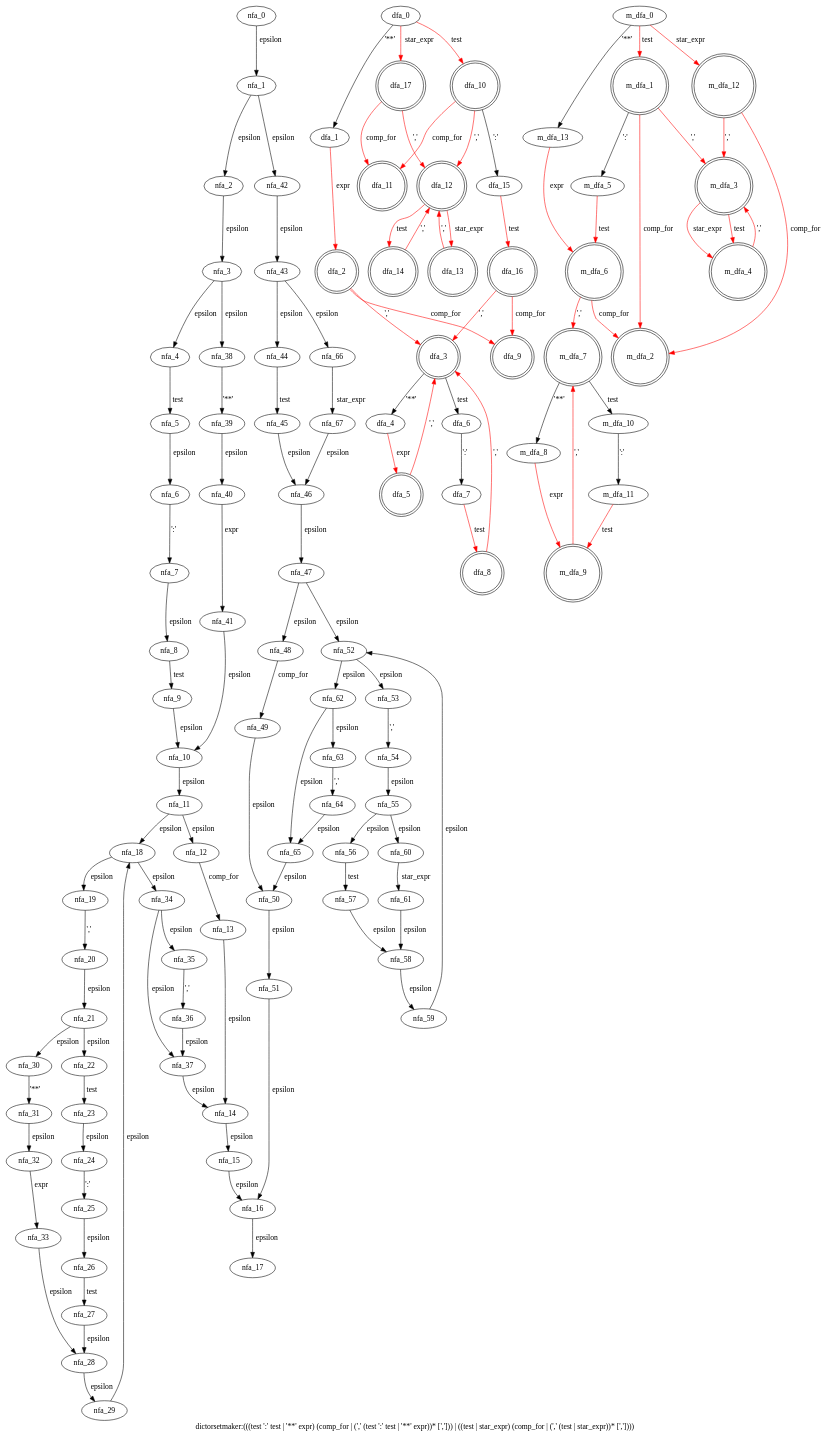
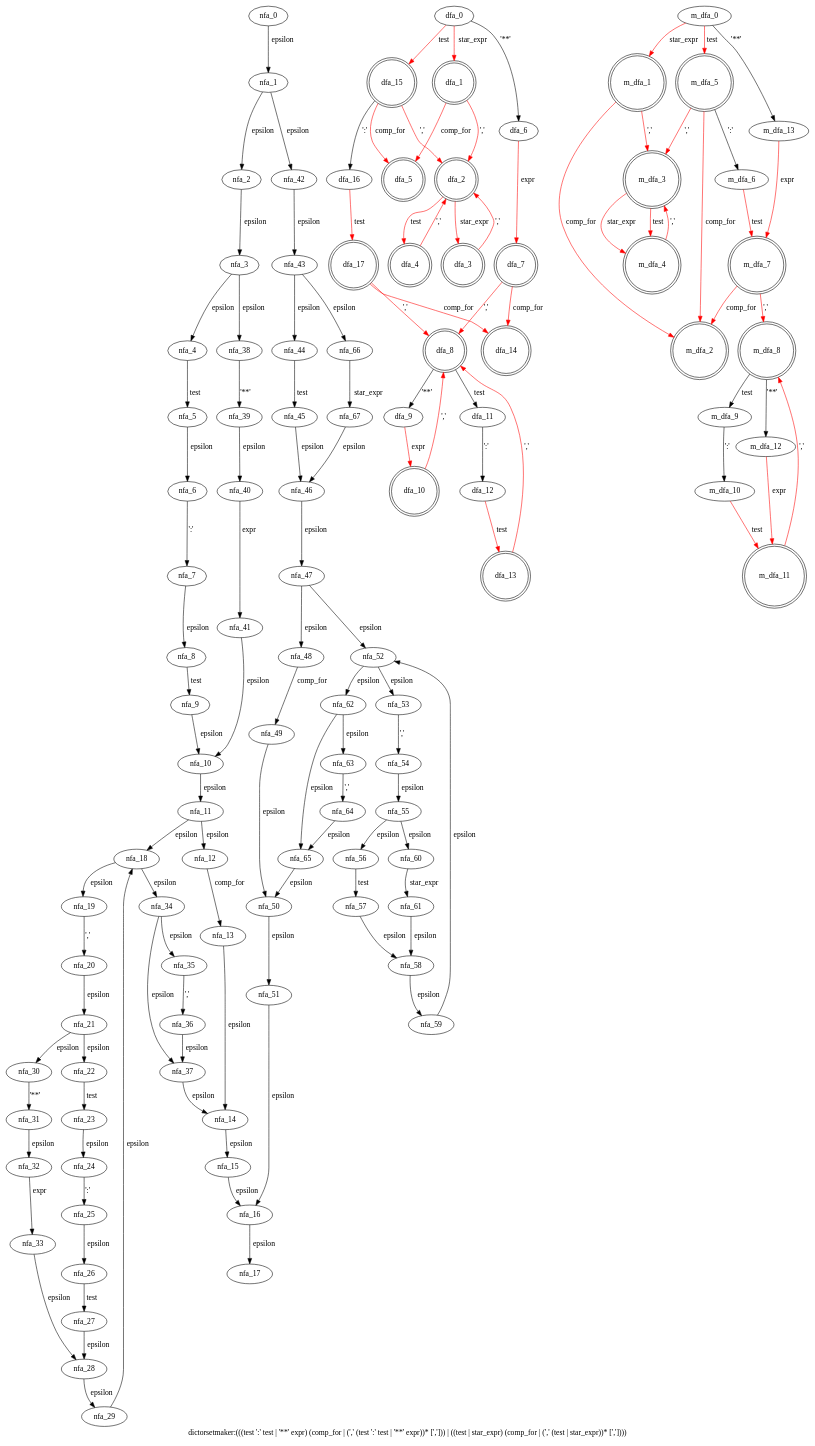
The diagram in cpython/grammar/handwrite/nfa_dfas/77.dictorsetmaker.dot (WinChua/blog), drawn with Graphviz before and after one commit. The commit also changed 47 other files, not shown here.

```diff
--- a/cpython/grammar/handwrite/nfa_dfas/77.dictorsetmaker.dot
+++ b/cpython/grammar/handwrite/nfa_dfas/77.dictorsetmaker.dot
@@ -1,153 +1,153 @@
 digraph dictorsetmaker {
  graph[label="dictorsetmaker:(((test ':' test | '**' expr) (comp_for | (',' (test ':' test | '**' expr))* [','])) | ((test | star_expr) (comp_for | (',' (test | star_expr))* [','])))"]
  subgraph dictorsetmaker_nfa {
   nfa_0->nfa_1[label="epsilon"]
   nfa_1->nfa_2[label="epsilon"]
   nfa_2->nfa_3[label="epsilon"]
   nfa_3->nfa_4[label="epsilon"]
   nfa_4->nfa_5[label="test"]
   nfa_5->nfa_6[label="epsilon"]
   nfa_6->nfa_7[label="':'"]
   nfa_7->nfa_8[label="epsilon"]
   nfa_8->nfa_9[label="test"]
   nfa_9->nfa_10[label="epsilon"]
   nfa_10->nfa_11[label="epsilon"]
   nfa_11->nfa_12[label="epsilon"]
   nfa_12->nfa_13[label="comp_for"]
   nfa_13->nfa_14[label="epsilon"]
   nfa_14->nfa_15[label="epsilon"]
   nfa_15->nfa_16[label="epsilon"]
   nfa_16->nfa_17[label="epsilon"]
   nfa_11->nfa_18[label="epsilon"]
   nfa_18->nfa_19[label="epsilon"]
   nfa_19->nfa_20[label="','"]
   nfa_20->nfa_21[label="epsilon"]
   nfa_21->nfa_22[label="epsilon"]
   nfa_22->nfa_23[label="test"]
   nfa_23->nfa_24[label="epsilon"]
   nfa_24->nfa_25[label="':'"]
   nfa_25->nfa_26[label="epsilon"]
   nfa_26->nfa_27[label="test"]
   nfa_27->nfa_28[label="epsilon"]
   nfa_28->nfa_29[label="epsilon"]
   nfa_29->nfa_18[label="epsilon"]
   nfa_21->nfa_30[label="epsilon"]
   nfa_30->nfa_31[label="'**'"]
   nfa_31->nfa_32[label="epsilon"]
   nfa_32->nfa_33[label="expr"]
   nfa_33->nfa_28[label="epsilon"]
   nfa_18->nfa_34[label="epsilon"]
   nfa_34->nfa_35[label="epsilon"]
   nfa_35->nfa_36[label="','"]
   nfa_36->nfa_37[label="epsilon"]
   nfa_37->nfa_14[label="epsilon"]
   nfa_34->nfa_37[label="epsilon"]
   nfa_3->nfa_38[label="epsilon"]
   nfa_38->nfa_39[label="'**'"]
   nfa_39->nfa_40[label="epsilon"]
   nfa_40->nfa_41[label="expr"]
   nfa_41->nfa_10[label="epsilon"]
   nfa_1->nfa_42[label="epsilon"]
   nfa_42->nfa_43[label="epsilon"]
   nfa_43->nfa_44[label="epsilon"]
   nfa_44->nfa_45[label="test"]
   nfa_45->nfa_46[label="epsilon"]
   nfa_46->nfa_47[label="epsilon"]
   nfa_47->nfa_48[label="epsilon"]
   nfa_48->nfa_49[label="comp_for"]
   nfa_49->nfa_50[label="epsilon"]
   nfa_50->nfa_51[label="epsilon"]
   nfa_51->nfa_16[label="epsilon"]
   nfa_47->nfa_52[label="epsilon"]
   nfa_52->nfa_53[label="epsilon"]
   nfa_53->nfa_54[label="','"]
   nfa_54->nfa_55[label="epsilon"]
   nfa_55->nfa_56[label="epsilon"]
   nfa_56->nfa_57[label="test"]
   nfa_57->nfa_58[label="epsilon"]
   nfa_58->nfa_59[label="epsilon"]
   nfa_59->nfa_52[label="epsilon"]
   nfa_55->nfa_60[label="epsilon"]
   nfa_60->nfa_61[label="star_expr"]
   nfa_61->nfa_58[label="epsilon"]
   nfa_52->nfa_62[label="epsilon"]
   nfa_62->nfa_63[label="epsilon"]
   nfa_63->nfa_64[label="','"]
   nfa_64->nfa_65[label="epsilon"]
   nfa_65->nfa_50[label="epsilon"]
   nfa_62->nfa_65[label="epsilon"]
   nfa_43->nfa_66[label="epsilon"]
   nfa_66->nfa_67[label="star_expr"]
   nfa_67->nfa_46[label="epsilon"]
   }
  subgraph dictorsetmaker_dfa {
-  dfa_0->dfa_1[label="'**'"]
-  dfa_1->dfa_2[label="expr",color=red]
-  dfa_2->dfa_3[label="','",color=red]
-  dfa_3->dfa_4[label="'**'"]
-  dfa_4->dfa_5[label="expr",color=red]
-  dfa_5->dfa_3[label="','",color=red]
-  dfa_3->dfa_6[label="test"]
-  dfa_6->dfa_7[label="':'"]
-  dfa_7->dfa_8[label="test",color=red]
-  dfa_8->dfa_3[label="','",color=red]
-  dfa_2->dfa_9[label="comp_for",color=red]
-  dfa_0->dfa_10[label="test",color=red]
-  dfa_10->dfa_11[label="comp_for",color=red]
-  dfa_10->dfa_12[label="','",color=red]
-  dfa_12->dfa_13[label="star_expr",color=red]
-  dfa_13->dfa_12[label="','",color=red]
-  dfa_12->dfa_14[label="test",color=red]
-  dfa_14->dfa_12[label="','",color=red]
-  dfa_10->dfa_15[label="':'"]
-  dfa_15->dfa_16[label="test",color=red]
-  dfa_16->dfa_3[label="','",color=red]
-  dfa_16->dfa_9[label="comp_for",color=red]
-  dfa_0->dfa_17[label="star_expr",color=red]
-  dfa_17->dfa_11[label="comp_for",color=red]
-  dfa_17->dfa_12[label="','",color=red]
+  dfa_0->dfa_1[label="star_expr",color=red]
+  dfa_1->dfa_2[label="','",color=red]
+  dfa_2->dfa_3[label="star_expr",color=red]
+  dfa_3->dfa_2[label="','",color=red]
+  dfa_2->dfa_4[label="test",color=red]
+  dfa_4->dfa_2[label="','",color=red]
+  dfa_1->dfa_5[label="comp_for",color=red]
+  dfa_0->dfa_6[label="'**'"]
+  dfa_6->dfa_7[label="expr",color=red]
+  dfa_7->dfa_8[label="','",color=red]
+  dfa_8->dfa_9[label="'**'"]
+  dfa_9->dfa_10[label="expr",color=red]
+  dfa_10->dfa_8[label="','",color=red]
+  dfa_8->dfa_11[label="test"]
+  dfa_11->dfa_12[label="':'"]
+  dfa_12->dfa_13[label="test",color=red]
+  dfa_13->dfa_8[label="','",color=red]
+  dfa_7->dfa_14[label="comp_for",color=red]
+  dfa_0->dfa_15[label="test",color=red]
+  dfa_15->dfa_16[label="':'"]
+  dfa_16->dfa_17[label="test",color=red]
+  dfa_17->dfa_8[label="','",color=red]
+  dfa_17->dfa_14[label="comp_for",color=red]
+  dfa_15->dfa_2[label="','",color=red]
+  dfa_15->dfa_5[label="comp_for",color=red]
+  dfa_1[shape=doublecircle]
   dfa_2[shape=doublecircle]
   dfa_3[shape=doublecircle]
+  dfa_4[shape=doublecircle]
   dfa_5[shape=doublecircle]
+  dfa_7[shape=doublecircle]
   dfa_8[shape=doublecircle]
-  dfa_9[shape=doublecircle]
   dfa_10[shape=doublecircle]
-  dfa_11[shape=doublecircle]
-  dfa_12[shape=doublecircle]
   dfa_13[shape=doublecircle]
   dfa_14[shape=doublecircle]
-  dfa_16[shape=doublecircle]
+  dfa_15[shape=doublecircle]
   dfa_17[shape=doublecircle]
   }
  subgraph dictorsetmaker_m_dfa {
-  m_dfa_0->m_dfa_1[label="test",color=red]
+  m_dfa_0->m_dfa_1[label="star_expr",color=red]
   m_dfa_1->m_dfa_2[label="comp_for",color=red]
   m_dfa_1->m_dfa_3[label="','",color=red]
   m_dfa_3->m_dfa_4[label="star_expr",color=red]
   m_dfa_4->m_dfa_3[label="','",color=red]
   m_dfa_3->m_dfa_4[label="test",color=red]
-  m_dfa_1->m_dfa_5[label="':'"]
-  m_dfa_5->m_dfa_6[label="test",color=red]
-  m_dfa_6->m_dfa_2[label="comp_for",color=red]
-  m_dfa_6->m_dfa_7[label="','",color=red]
-  m_dfa_7->m_dfa_8[label="'**'"]
-  m_dfa_8->m_dfa_9[label="expr",color=red]
-  m_dfa_9->m_dfa_7[label="','",color=red]
-  m_dfa_7->m_dfa_10[label="test"]
-  m_dfa_10->m_dfa_11[label="':'"]
-  m_dfa_11->m_dfa_9[label="test",color=red]
-  m_dfa_0->m_dfa_12[label="star_expr",color=red]
-  m_dfa_12->m_dfa_2[label="comp_for",color=red]
-  m_dfa_12->m_dfa_3[label="','",color=red]
+  m_dfa_0->m_dfa_5[label="test",color=red]
+  m_dfa_5->m_dfa_2[label="comp_for",color=red]
+  m_dfa_5->m_dfa_3[label="','",color=red]
+  m_dfa_5->m_dfa_6[label="':'"]
+  m_dfa_6->m_dfa_7[label="test",color=red]
+  m_dfa_7->m_dfa_2[label="comp_for",color=red]
+  m_dfa_7->m_dfa_8[label="','",color=red]
+  m_dfa_8->m_dfa_9[label="test"]
+  m_dfa_9->m_dfa_10[label="':'"]
+  m_dfa_10->m_dfa_11[label="test",color=red]
+  m_dfa_11->m_dfa_8[label="','",color=red]
+  m_dfa_8->m_dfa_12[label="'**'"]
+  m_dfa_12->m_dfa_11[label="expr",color=red]
   m_dfa_0->m_dfa_13[label="'**'"]
-  m_dfa_13->m_dfa_6[label="expr",color=red]
+  m_dfa_13->m_dfa_7[label="expr",color=red]
   m_dfa_1[shape=doublecircle]
   m_dfa_2[shape=doublecircle]
   m_dfa_3[shape=doublecircle]
   m_dfa_4[shape=doublecircle]
-  m_dfa_6[shape=doublecircle]
+  m_dfa_5[shape=doublecircle]
   m_dfa_7[shape=doublecircle]
-  m_dfa_9[shape=doublecircle]
-  m_dfa_12[shape=doublecircle]
+  m_dfa_8[shape=doublecircle]
+  m_dfa_11[shape=doublecircle]
   }
 }
```
